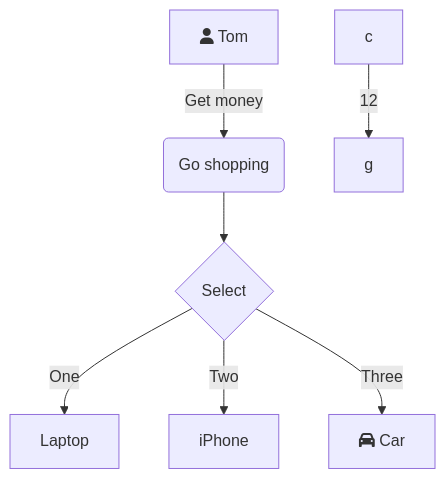
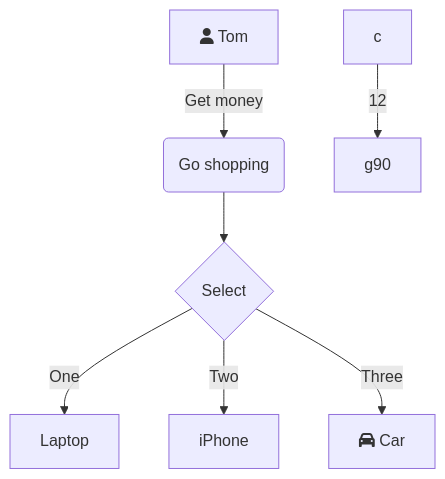
Before and after one commit to zhuzhai66/iodraw-files: the diagram in all/未命名.md, drawn with Mermaid.

Commit message:
2026-02-22 15:29:16 update

````diff
--- a/all/未命名.md
+++ b/all/未命名.md
@@ -1,9 +1,9 @@
 ```mermaid
 graph TD
     A[fa:fa-user Tom] -->|Get money| B(Go shopping)
     B --> C{Select}
     C -->|One| D[Laptop]
     C -->|Two| E[iPhone]
     C -->|Three| F[fa:fa-car Car]
-  c-->|12|g
+  c-->|12|g90
 ```
````
